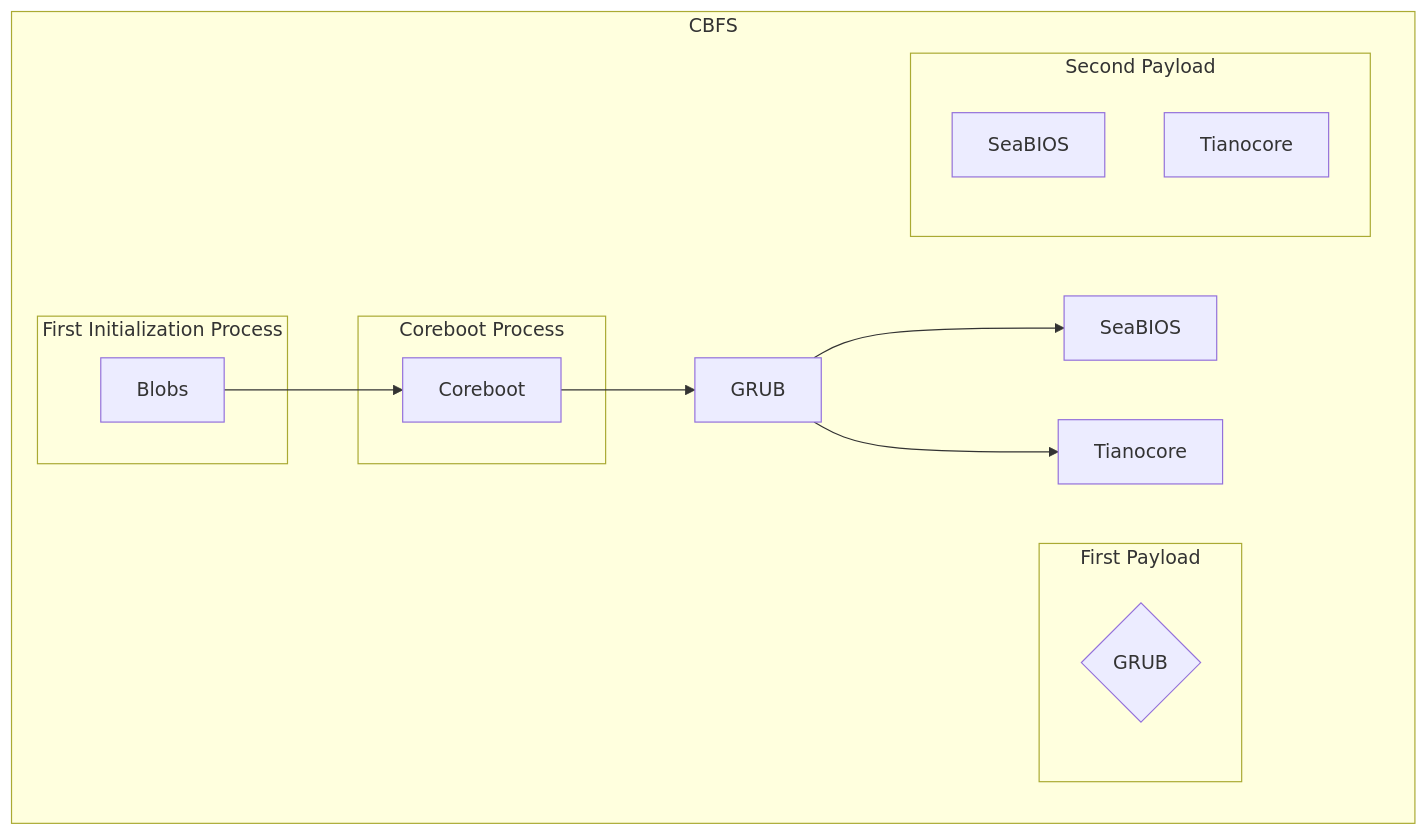
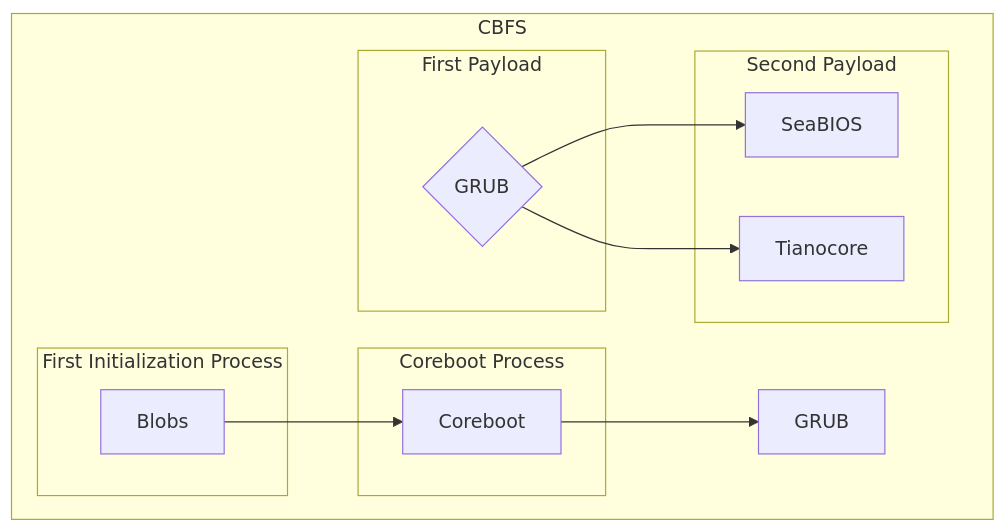
The diagram in README.md (Ch3ckm4t3C1ph3r/Lenovo-Ideapad-320-14ISK-_Coreboot-Adaptation_), drawn with Mermaid before and after one commit.

Commit message:
Refactor GRUB connection in diagram for clarity

````diff
--- a/README.md
+++ b/README.md
@@ -99,29 +99,29 @@
 ```mermaid
 flowchart LR;
     subgraph CBFS
         direction LR
 
         %% Not publicly documented boot process
         subgraph First Initialization Process
         Blobs
         end
 
         Blobs --> Coreboot
 
         subgraph Coreboot Process
         Coreboot
         end
     
         Coreboot-->GRUB
     
         subgraph First Payload
         p1{GRUB}
         end
     
-        GRUB-->SeaBIOS & Tianocore
+        p1{GRUB}-->p2_1[SeaBIOS] & p2_2[Tianocore]
     
         subgraph Second Payload
         p2_1[SeaBIOS] & p2_2[Tianocore]
         end
     end
 ```
````
